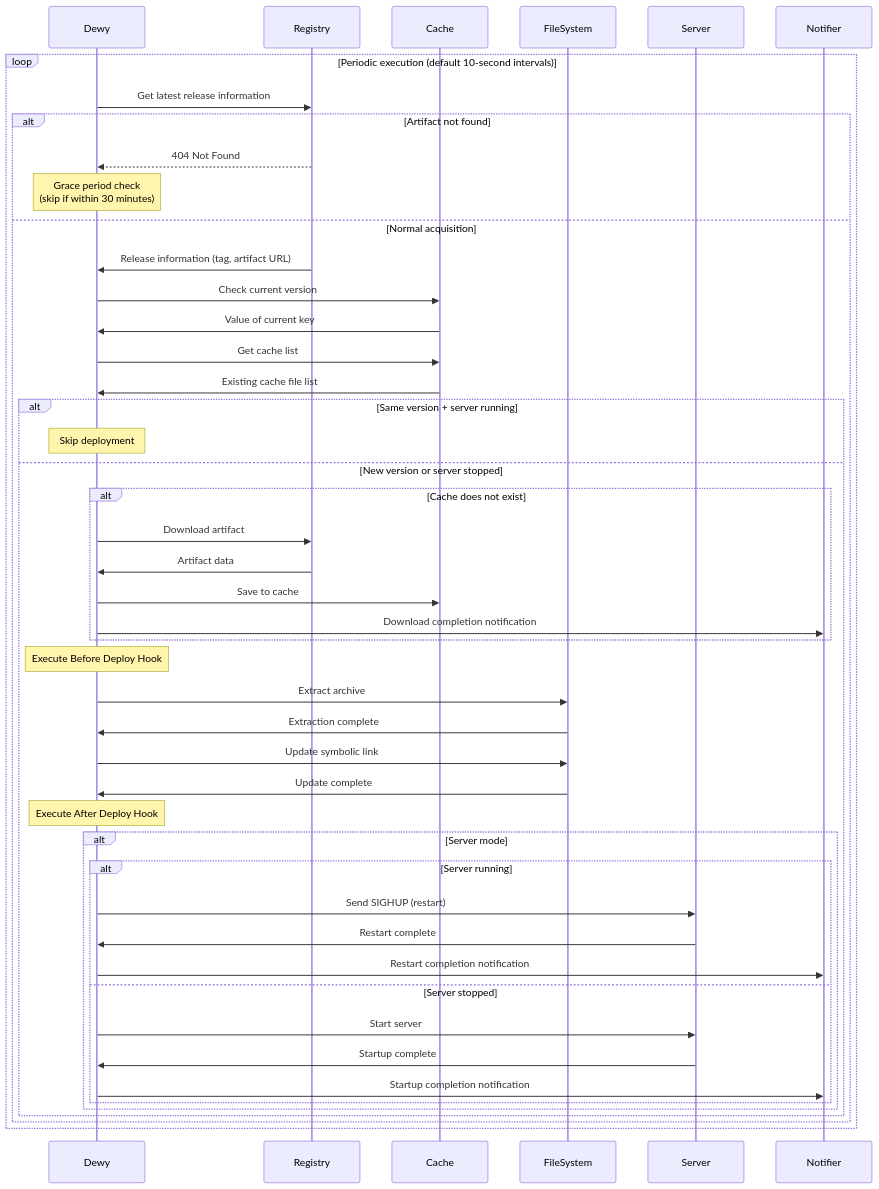
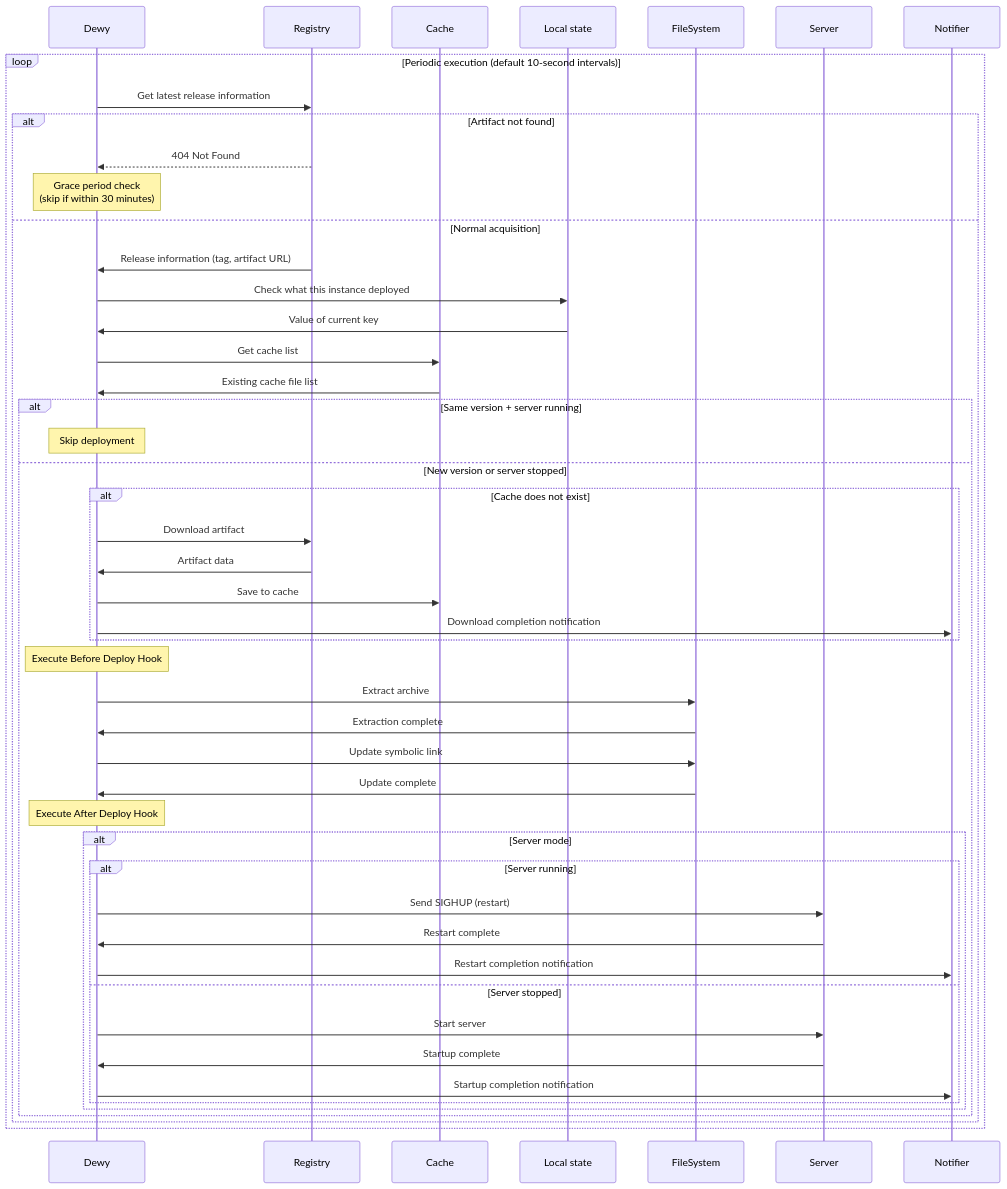
One commit to linyows/dewy changed the first of 6 diagrams in docs/pages/deployment-workflow.md. Above: the diagram before and after it, drawn with Mermaid. The commit also changed other lines of this file and 9 other files, not shown here.

````diff
--- a/docs/pages/deployment-workflow.md
+++ b/docs/pages/deployment-workflow.md
@@ -21,53 +21,54 @@
 ```mermaid
 sequenceDiagram
     participant D as Dewy
     participant R as Registry
     participant C as Cache
+    participant L as Local state
     participant F as FileSystem
     participant S as Server
     participant N as Notifier
 
     loop Periodic execution (default 10-second intervals)
         D->>R: Get latest release information
         alt Artifact not found
             R-->>D: 404 Not Found
             note over D: Grace period check<br/>(skip if within 30 minutes)
         else Normal acquisition
             R->>D: Release information (tag, artifact URL)
-            D->>C: Check current version
-            C->>D: Value of current key
+            D->>L: Check what this instance deployed
+            L->>D: Value of current key
             D->>C: Get cache list
             C->>D: Existing cache file list
 
             alt Same version + server running
                 note over D: Skip deployment
             else New version or server stopped
                 alt Cache does not exist
                     D->>R: Download artifact
                     R->>D: Artifact data
                     D->>C: Save to cache
                     D->>N: Download completion notification
                 end
 
                 note over D: Execute Before Deploy Hook
                 D->>F: Extract archive
                 F->>D: Extraction complete
                 D->>F: Update symbolic link
                 F->>D: Update complete
                 note over D: Execute After Deploy Hook
 
                 alt Server mode
                     alt Server running
                         D->>S: Send SIGHUP (restart)
                         S->>D: Restart complete
                         D->>N: Restart completion notification
                     else Server stopped
                         D->>S: Start server
                         S->>D: Startup complete
                         D->>N: Startup completion notification
                     end
                 end
             end
         end
     end
 ```
````
